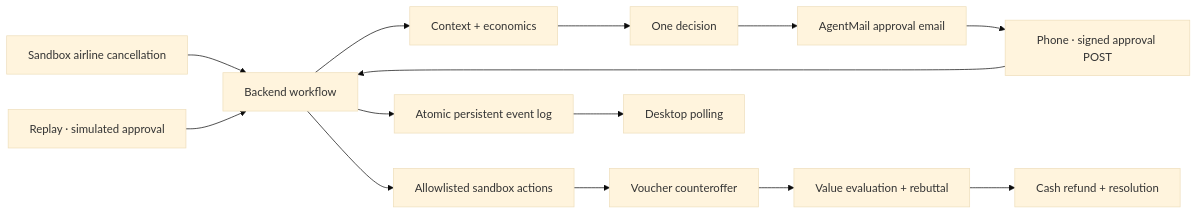
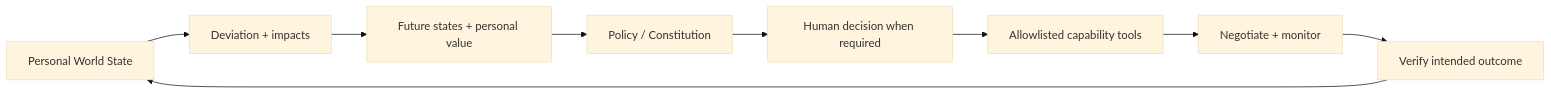
Before and after one commit to vincentleg/steward: the diagram in README.md, drawn with Mermaid (base theme). The commit also changed other lines of this file and 46 other files, not shown here.

Commit message:
Generalize outcome core, isolate public sandbox, and preserve verified live demo

````diff
--- a/README.md
+++ b/README.md
@@ -66,16 +68,11 @@
 ```mermaid
 flowchart LR
-  A[Sandbox airline cancellation] --> B[Backend workflow]
-  B --> C[Context + economics]
-  C --> D[One decision]
-  D --> E[AgentMail approval email]
-  E --> F[Phone · signed approval POST]
-  F --> B
-  B --> G[Allowlisted sandbox actions]
-  G --> H[Voucher counteroffer]
-  H --> I[Value evaluation + rebuttal]
-  I --> J[Cash refund + resolution]
-  B --> K[Atomic persistent event log]
-  K --> L[Desktop polling]
-  R[Replay · simulated approval] --> B
+  W[Personal World State] --> D[Deviation + impacts]
+  D --> F[Future states + personal value]
+  F --> P[Policy / Constitution]
+  P --> H[Human decision when required]
+  H --> A[Allowlisted capability tools]
+  A --> N[Negotiate + monitor]
+  N --> V[Verify intended outcome]
+  V --> W
 ```
````
